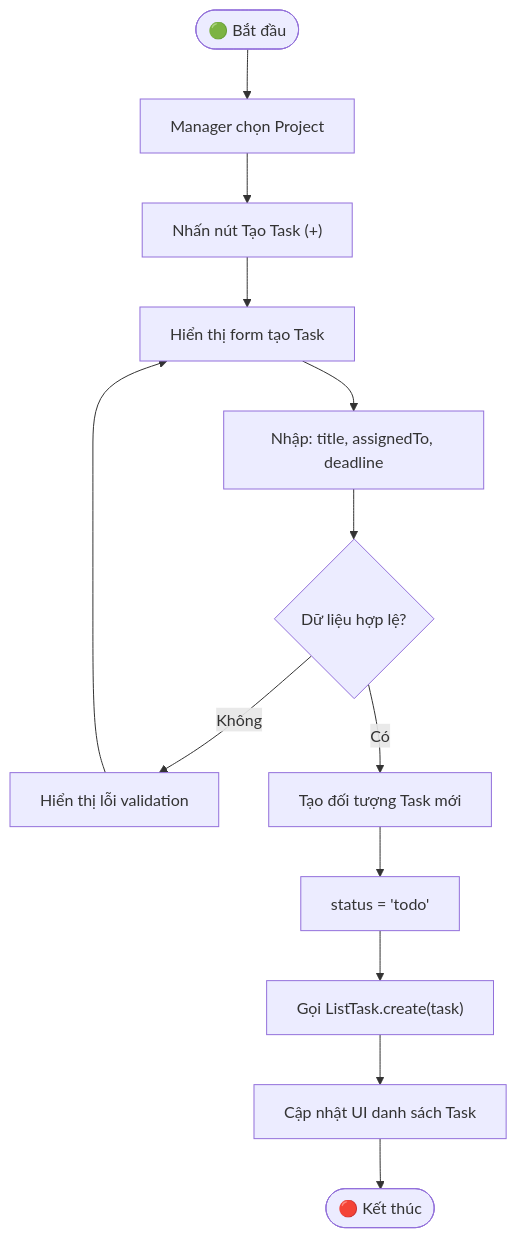
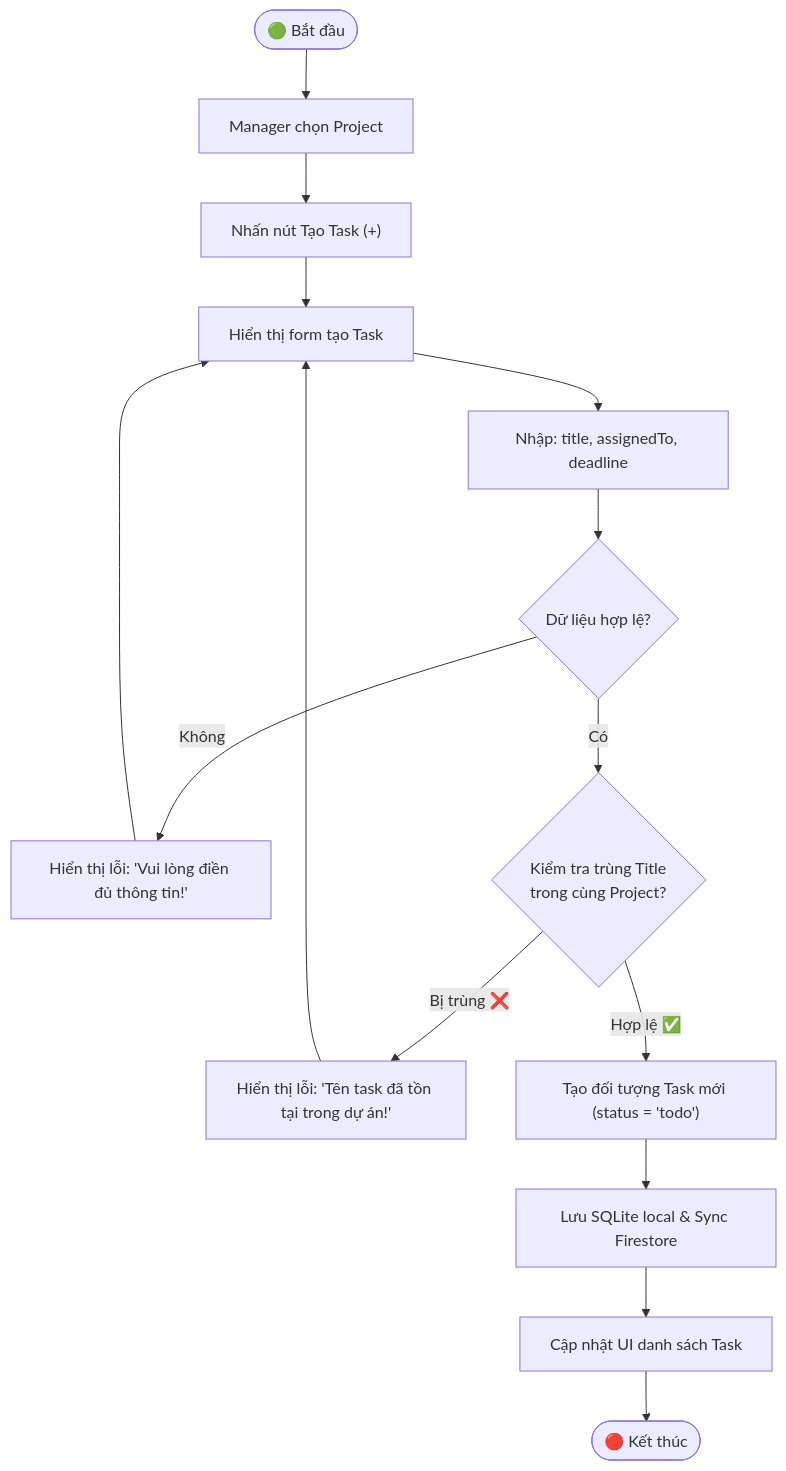
One commit to ttt-huong/TaskFlow_Huong_Thuong_Cuong_N03_1_2026 changed the sixth of 19 diagrams in docs/uml_va_luong_hoat_dong.md. Above: the diagram before and after it, drawn with Mermaid. The commit also changed other lines of this file and 15 other files, not shown here.

Commit message:
feat & fix: Ket noi Firebase, hoan thien luong du lieu Dual Storage (SQLite + Firestore) va sua loi trong assigneeName, assigneeAvatar

````diff
--- a/docs/uml_va_luong_hoat_dong.md
+++ b/docs/uml_va_luong_hoat_dong.md
@@ -260,15 +237,19 @@
 ```mermaid
 flowchart TD
     A(["🟢 Bắt đầu"]) --> B["Manager chọn Project"]
     B --> C["Nhấn nút Tạo Task (+)"]
     C --> D["Hiển thị form tạo Task"]
     D --> E["Nhập: title, assignedTo, deadline"]
     E --> F{"Dữ liệu hợp lệ?"}
-    F -- Không --> G["Hiển thị lỗi validation"]
+    F -- Không --> G["Hiển thị lỗi: 'Vui lòng điền đủ thông tin!'"]
     G --> D
-    F -- Có --> H["Tạo đối tượng Task mới"]
-    H --> I["status = 'todo'"]
-    I --> J["Gọi ListTask.create(task)"]
-    J --> K["Cập nhật UI danh sách Task"]
-    K --> L(["🔴 Kết thúc"])
+    
+    F -- Có --> CHECK_DUP{"Kiểm tra trùng Title\ntrong cùng Project?"}
+    CHECK_DUP -- "Bị trùng ❌" --> G_DUP["Hiển thị lỗi: 'Tên task đã tồn tại trong dự án!'"]
+    G_DUP --> D
+    
+    CHECK_DUP -- "Hợp lệ ✅" --> H["Tạo đối tượng Task mới (status = 'todo')"]
+    H --> I["Lưu SQLite local & Sync Firestore"]
+    I --> J["Cập nhật UI danh sách Task"]
+    J --> K(["🔴 Kết thúc"])
 ```
````
